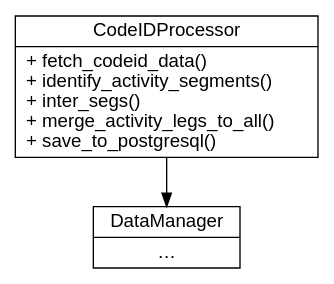
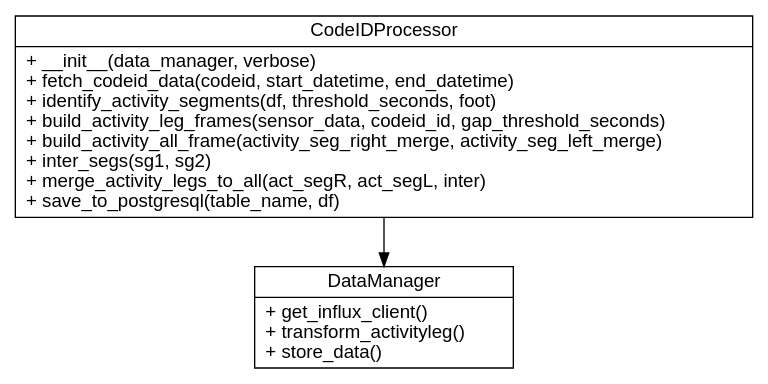
One commit to MultipleSclerosisMonitoring/DPC_2024 changed the diagram in docs/msCodeID.rst. Above: the diagram before and after it, drawn with Graphviz. The commit also changed other lines of this file and 35 other files, not shown here.

```diff
--- a/docs/msCodeID.rst
+++ b/docs/msCodeID.rst
@@ -13,12 +12,29 @@
 .. graphviz::
-  :caption: CodeIDProcessor Class Overview
-  :align: center
+   :caption: CodeIDProcessor and bottom-up semantic construction
+   :align: center
 
-  digraph class_msCodeID {
-    graph [fontname="Helvetica"];
-    node  [shape=record, fontname="Helvetica"];
-    edge  [fontname="Helvetica"];
-    CodeIDProcessor [label="{CodeIDProcessor|+ fetch_codeid_data()\l+ identify_activity_segments()\l+ inter_segs()\l+ merge_activity_legs_to_all()\l+ save_to_postgresql()\l}"];
-    DataManager [label="{DataManager|…}"];
-    CodeIDProcessor -> DataManager;
-  }
+   digraph class_msCodeID {
+      rankdir=TB;
+      graph [fontname="Helvetica"];
+      node  [shape=record, fontname="Helvetica"];
+      edge  [fontname="Helvetica"];
+
+      CodeIDProcessor [label="{CodeIDProcessor|
+        + __init__(data_manager, verbose)\l
+        + fetch_codeid_data(codeid, start_datetime, end_datetime)\l
+        + identify_activity_segments(df, threshold_seconds, foot)\l
+        + build_activity_leg_frames(sensor_data, codeid_id, gap_threshold_seconds)\l
+        + build_activity_all_frame(activity_seg_right_merge, activity_seg_left_merge)\l
+        + inter_segs(sg1, sg2)\l
+        + merge_activity_legs_to_all(act_segR, act_segL, inter)\l
+        + save_to_postgresql(table_name, df)\l
+      }"];
+
+      DataManager [label="{DataManager|
+        + get_influx_client()\l
+        + transform_activityleg()\l
+        + store_data()\l
+      }"];
+
+      CodeIDProcessor -> DataManager;
+   }
```
